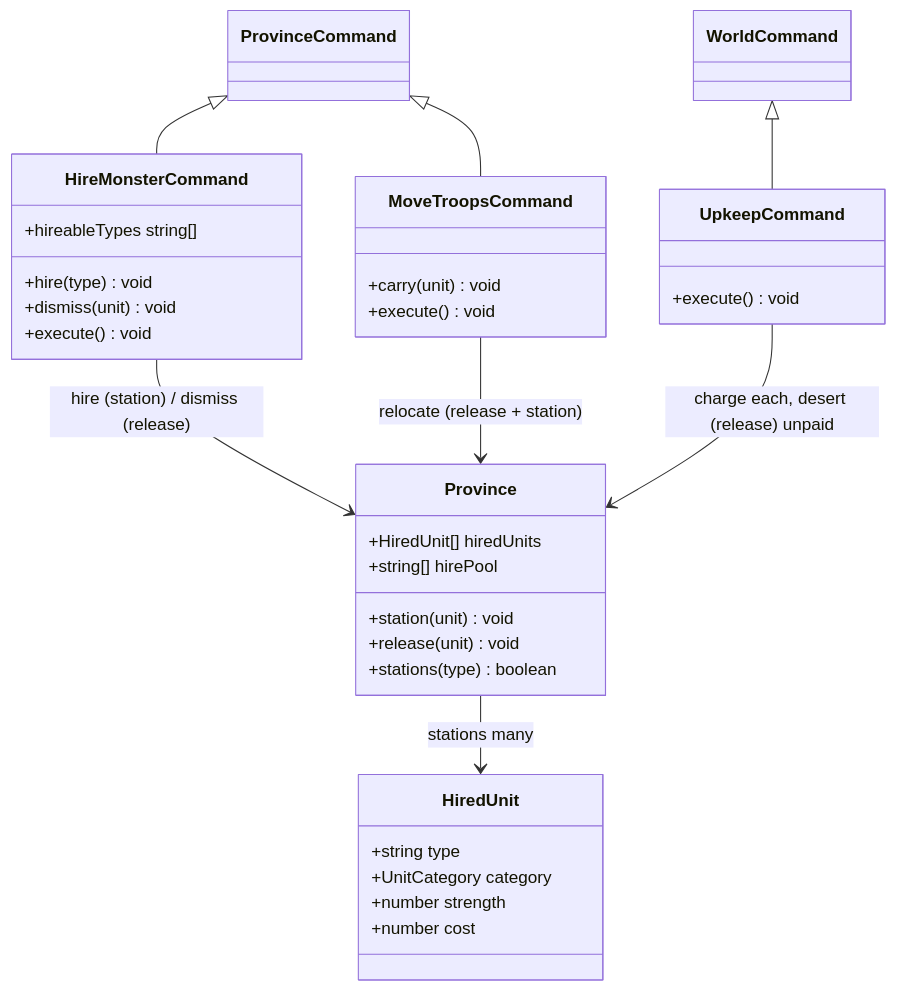
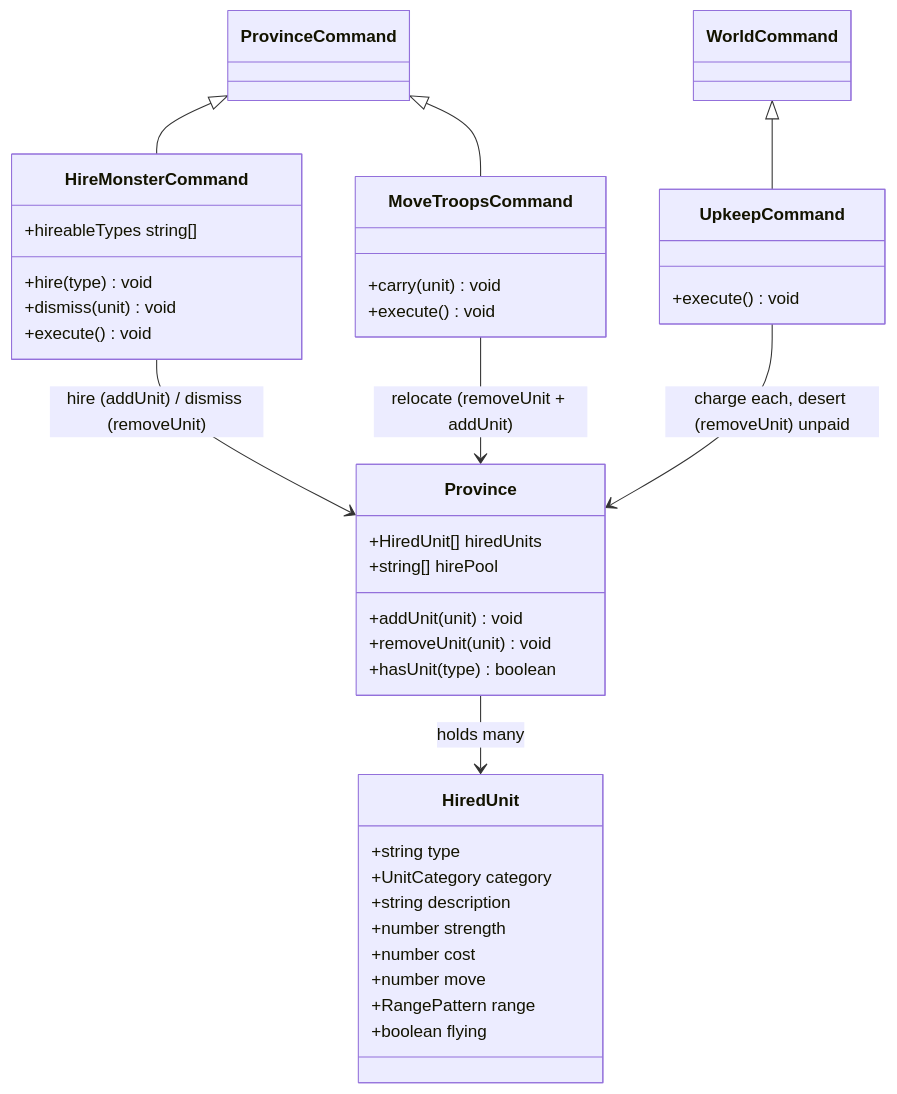
The second of 4 diagrams in gemfire/docs/design/06-fifth-units.md (pslotinsky/kunstkamera), drawn with Mermaid before and after one commit. The commit also changed other lines of this file and 25 other files, not shown here.

Commit message:
feat(gemfire): add fifth-unit catalogue and province stationing

````diff
--- a/gemfire/docs/design/06-fifth-units.md
+++ b/gemfire/docs/design/06-fifth-units.md
@@ -98,36 +98,40 @@
 ```mermaid
 classDiagram
   class HiredUnit {
     +string type
     +UnitCategory category
+    +string description
     +number strength
     +number cost
+    +number move
+    +RangePattern range
+    +boolean flying
   }
   class Province {
     +HiredUnit[] hiredUnits
     +string[] hirePool
-    +station(unit) void
-    +release(unit) void
-    +stations(type) boolean
+    +addUnit(unit) void
+    +removeUnit(unit) void
+    +hasUnit(type) boolean
   }
   class HireMonsterCommand {
     +hireableTypes string[]
     +hire(type) void
     +dismiss(unit) void
     +execute() void
   }
   class MoveTroopsCommand {
     +carry(unit) void
     +execute() void
   }
   class UpkeepCommand {
     +execute() void
   }
   ProvinceCommand <|-- HireMonsterCommand
   ProvinceCommand <|-- MoveTroopsCommand
   WorldCommand <|-- UpkeepCommand
-  HireMonsterCommand --> Province : hire (station) / dismiss (release)
-  MoveTroopsCommand --> Province : relocate (release + station)
-  UpkeepCommand --> Province : charge each, desert (release) unpaid
-  Province --> HiredUnit : stations many
+  HireMonsterCommand --> Province : hire (addUnit) / dismiss (removeUnit)
+  MoveTroopsCommand --> Province : relocate (removeUnit + addUnit)
+  UpkeepCommand --> Province : charge each, desert (removeUnit) unpaid
+  Province --> HiredUnit : holds many
 ```
````
